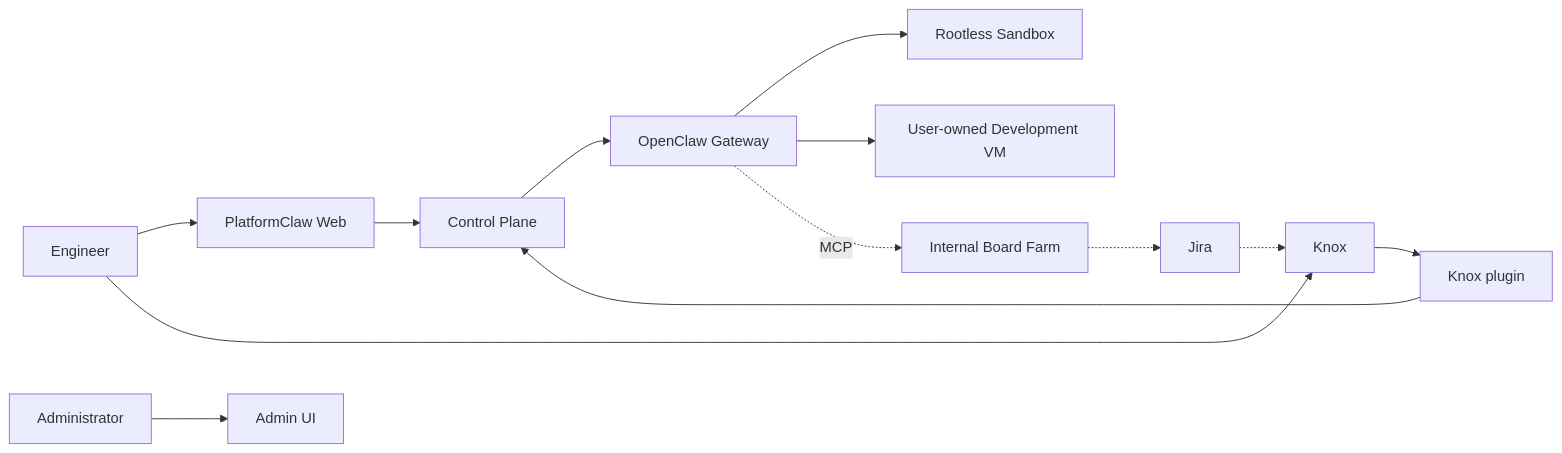
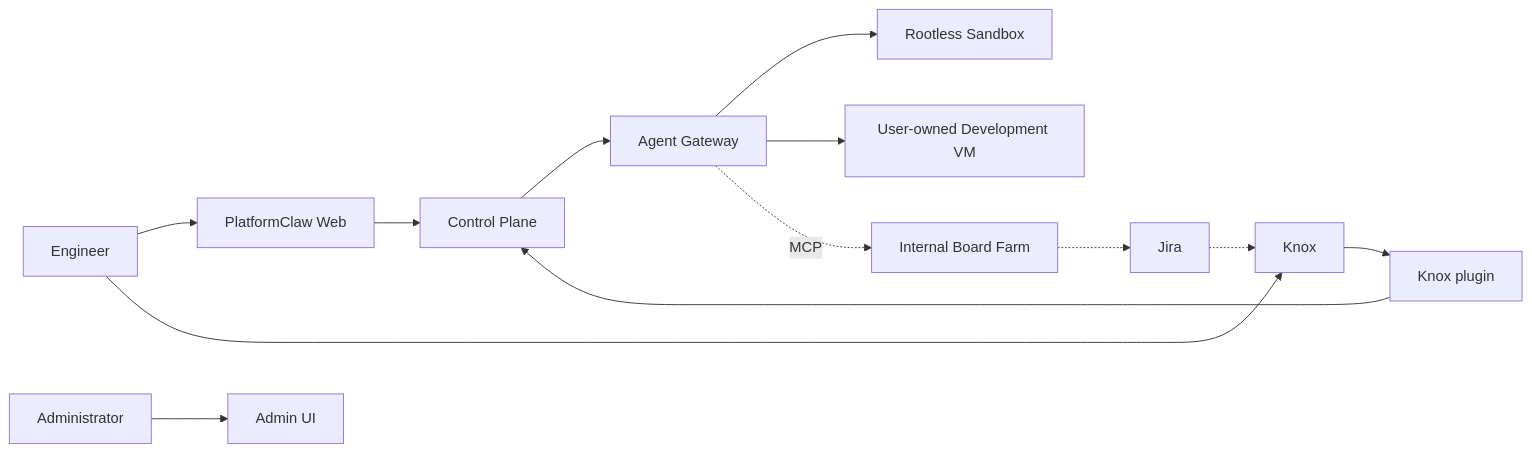
The first of 16 diagrams in ARCHITECTURE.md (devSejung/platformclaw), drawn with Mermaid before and after one commit. The commit also changed other lines of this file and 18 other files, not shown here.

````diff
--- a/ARCHITECTURE.md
+++ b/ARCHITECTURE.md
@@ -7,14 +7,14 @@
 ```mermaid
 flowchart LR
   U["Engineer"] --> W["PlatformClaw Web"]
   U --> K["Knox"]
   A["Administrator"] --> AU["Admin UI"]
   W --> C["Control Plane"]
   K --> X["Knox plugin"] --> C
-  C --> G["OpenClaw Gateway"]
+  C --> G["Agent Gateway"]
   G --> S["Rootless Sandbox"]
   G --> V["User-owned Development VM"]
   G -. MCP .-> B["Internal Board Farm"]
   B -.-> J["Jira"]
   J -.-> K
 ```
````
